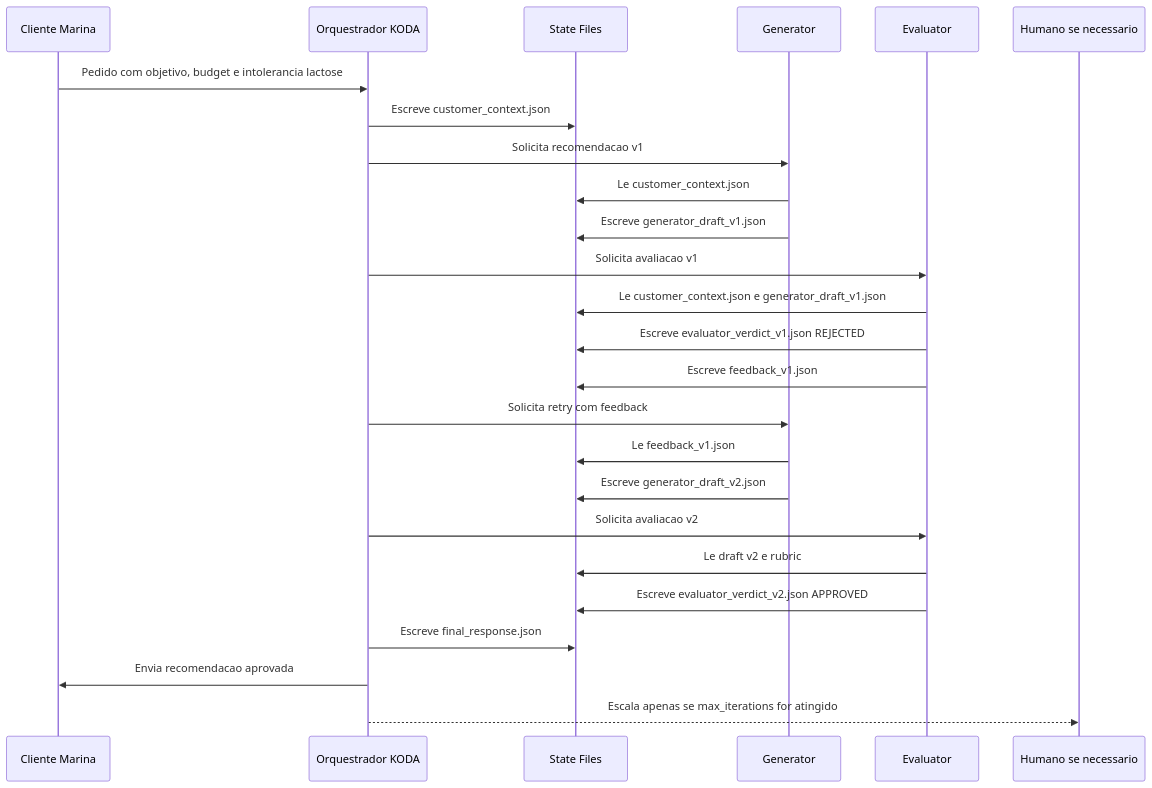
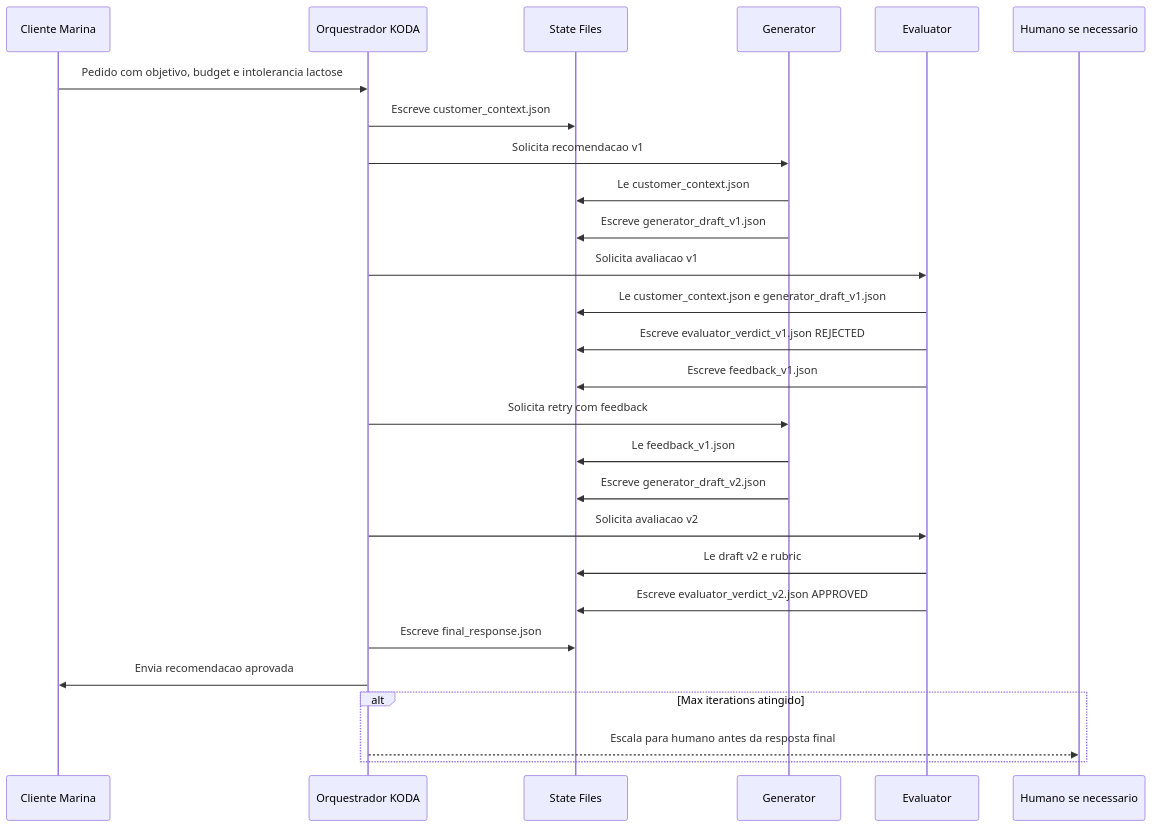
Before and after one commit to pavani06/long-running-agents: the third of 3 diagrams in curriculum/05-core-concepts/03-generator-evaluator-pattern.md, drawn with Mermaid. The commit also changed other lines of this file, not shown here.

Commit message:
[FUP-1] docs(curriculum): remove duplicate caderno cards, fix broken refs and mermaid diagrams

````diff
--- a/curriculum/05-core-concepts/03-generator-evaluator-pattern.md
+++ b/curriculum/05-core-concepts/03-generator-evaluator-pattern.md
@@ -1620,28 +1620,30 @@
 ```mermaid
 sequenceDiagram
     participant C as Cliente Marina
     participant O as Orquestrador KODA
     participant S as State Files
     participant G as Generator
     participant E as Evaluator
     participant H as Humano se necessario
 
     C->>O: Pedido com objetivo, budget e intolerancia lactose
     O->>S: Escreve customer_context.json
     O->>G: Solicita recomendacao v1
     G->>S: Le customer_context.json
     G->>S: Escreve generator_draft_v1.json
     O->>E: Solicita avaliacao v1
     E->>S: Le customer_context.json e generator_draft_v1.json
     E->>S: Escreve evaluator_verdict_v1.json REJECTED
     E->>S: Escreve feedback_v1.json
     O->>G: Solicita retry com feedback
     G->>S: Le feedback_v1.json
     G->>S: Escreve generator_draft_v2.json
     O->>E: Solicita avaliacao v2
     E->>S: Le draft v2 e rubric
     E->>S: Escreve evaluator_verdict_v2.json APPROVED
     O->>S: Escreve final_response.json
     O->>C: Envia recomendacao aprovada
-    O-->>H: Escala apenas se max_iterations for atingido
+    alt Max iterations atingido
+        O-->>H: Escala para humano antes da resposta final
+    end
 ```
````
